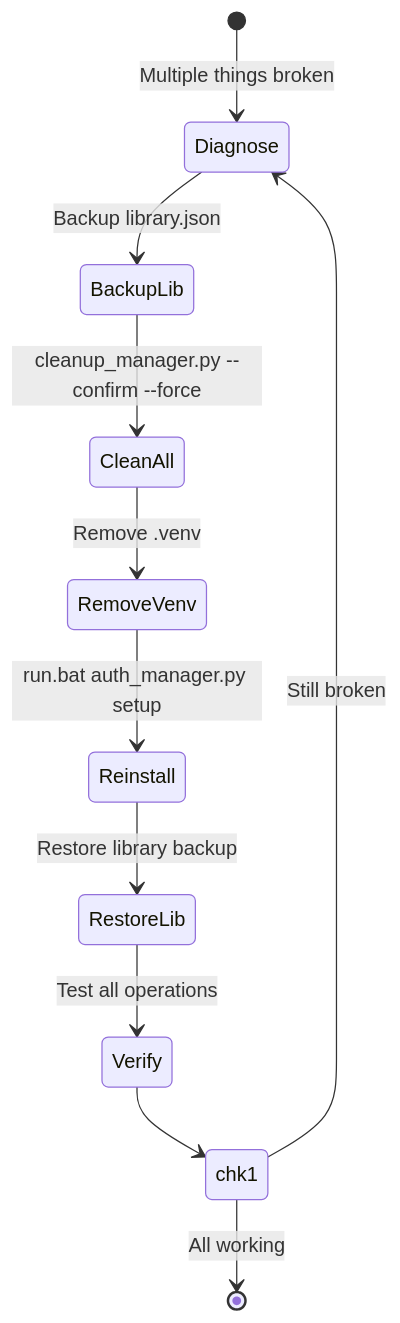
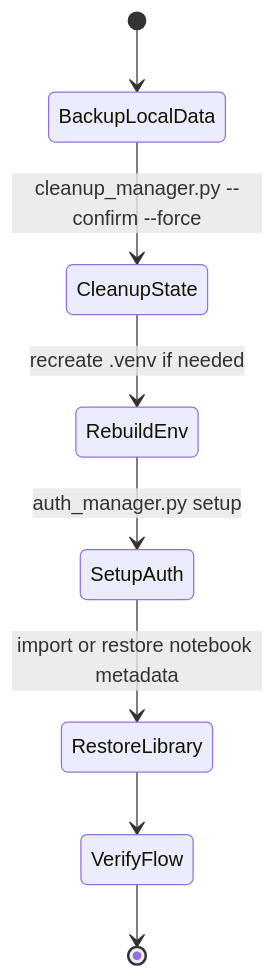
Before and after one commit to khengyun/notebooklm-experts-skill: the sixth of 6 diagrams in references/troubleshooting.md, drawn with Mermaid. The commit also changed other lines of this file and 23 other files, not shown here.

````diff
--- a/references/troubleshooting.md
+++ b/references/troubleshooting.md
@@ -161,16 +152,10 @@
 ```mermaid
 stateDiagram-v2
-    [*] --> Diagnose: Multiple things broken
-
-    Diagnose --> BackupLib: Backup library.json
-    BackupLib --> CleanAll: cleanup_manager.py --confirm --force
-    CleanAll --> RemoveVenv: Remove .venv
-    RemoveVenv --> Reinstall: run.bat auth_manager.py setup
-    Reinstall --> RestoreLib: Restore library backup
-    RestoreLib --> Verify: Test all operations
-
-    Verify --> chk1
-    state chk1 <<choice>>
-    chk1 --> [*]: All working
-    chk1 --> Diagnose: Still broken
+    [*] --> BackupLocalData
+    BackupLocalData --> CleanupState: cleanup_manager.py --confirm --force
+    CleanupState --> RebuildEnv: recreate .venv if needed
+    RebuildEnv --> SetupAuth: auth_manager.py setup
+    SetupAuth --> RestoreLibrary: import or restore notebook metadata
+    RestoreLibrary --> VerifyFlow
+    VerifyFlow --> [*]
 ```
````
